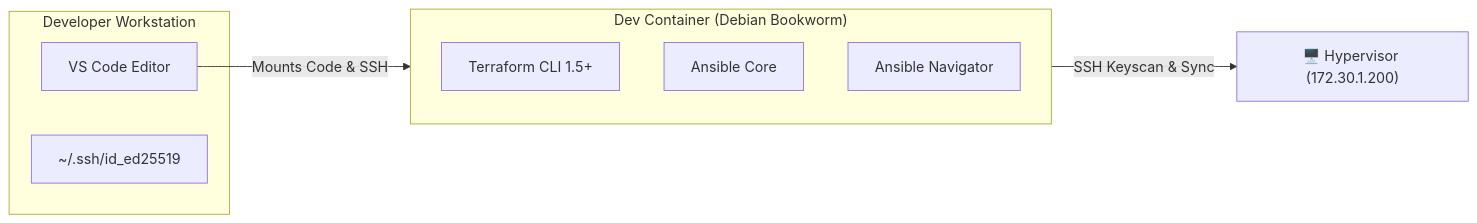
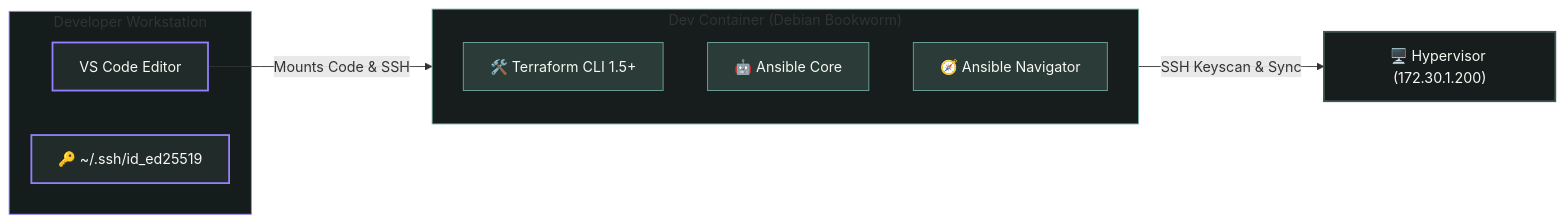
Before and after one commit to Isshi0417/homelab-server-v3: the diagram in docs/01-dev-env.md, drawn with Mermaid.

Commit message:
Update graph colors for improved readability

````diff
--- a/docs/01-dev-env.md
+++ b/docs/01-dev-env.md
@@ -11,16 +11,26 @@
 ```mermaid
 graph LR
+    %% My Color Palette
+    classDef extNode fill:#212c2a,stroke:#9580ff,color:#f8f8f2,stroke-width:2px;
+    classDef vmNode fill:#2b3b38,stroke:#70a99f,color:#f8f8f2,stroke-width:1px;
+    classDef hostNode fill:#161d1c,stroke:#415854,color:#f8f8f2,stroke-width:2px;
+
+
     subgraph Workstation ["Developer Workstation"]
-        VSCode["VS Code Editor"]
-        SSHKey["~/.ssh/id_ed25519"]
+        VSCode["VS Code Editor"]:::extNode
+        SSHKey["🔑 ~/.ssh/id_ed25519"]:::extNode
     end
 
     subgraph Container ["Dev Container (Debian Bookworm)"]
-        TF["Terraform CLI 1.5+"]
-        Ansible["Ansible Core"]
-        Nav["Ansible Navigator"]
+        TF["🛠️ Terraform CLI 1.5+"]:::vmNode
+        Ansible["🤖 Ansible Core"]:::vmNode
+        Nav["🧭 Ansible Navigator"]:::vmNode
     end
 
     VSCode -->|Mounts Code & SSH| Container
-    Container -->|SSH Keyscan & Sync| Hypervisor["🖥️ Hypervisor (172.30.1.200)"]
+    Container -->|SSH Keyscan & Sync| Hypervisor["🖥️ Hypervisor (172.30.1.200)"]:::hostNode
+
+    %% Subgraph Colors
+    style Workstation fill:#151d1c,stroke:#9580ff,stroke-width:1px;
+    style Container fill:#161d1c,stroke:#70a99f,stroke-width:1px;
 ```
````
